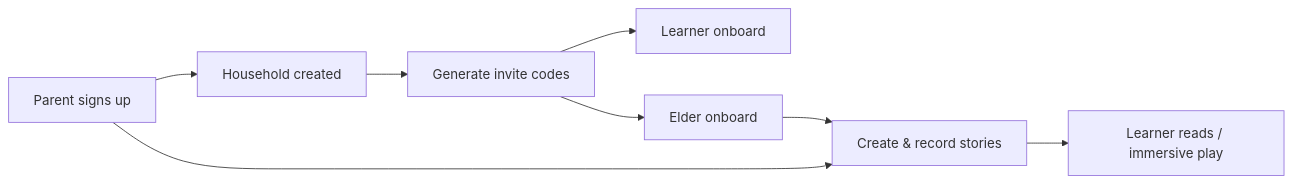
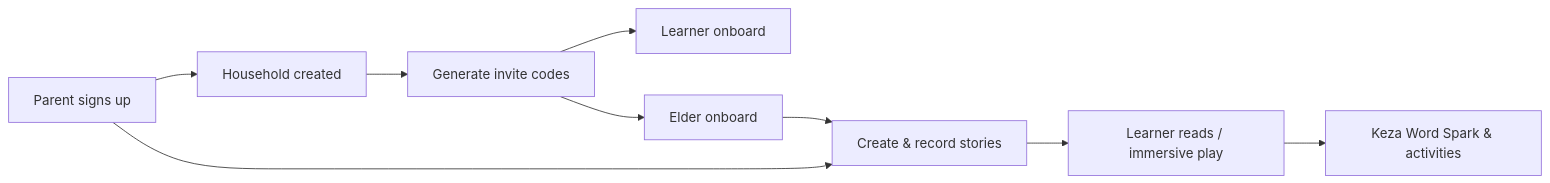
One commit to IkireziDivine01/Fable changed the diagram in README.md. Above: the diagram before and after it, drawn with Mermaid. The commit also changed other lines of this file and 47 other files, not shown here.

````diff
--- a/README.md
+++ b/README.md
@@ -54,10 +64,11 @@
 ```mermaid
 flowchart LR
   P[Parent signs up] --> H[Household created]
   H --> I[Generate invite codes]
   I --> L[Learner onboard]
   I --> E[Elder onboard]
   E --> S[Create & record stories]
   P --> S
   S --> K[Learner reads / immersive play]
+  K --> W[Keza Word Spark & activities]
 ```
````
